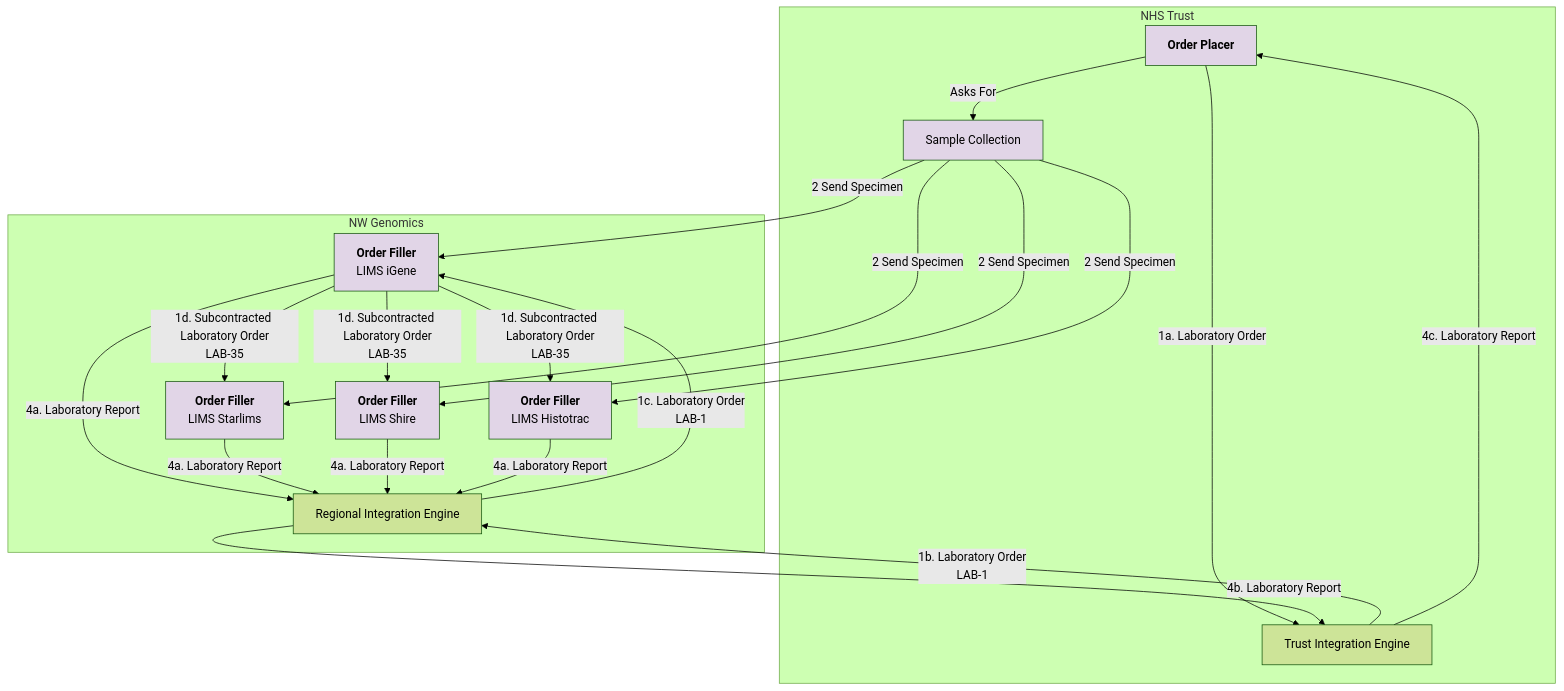
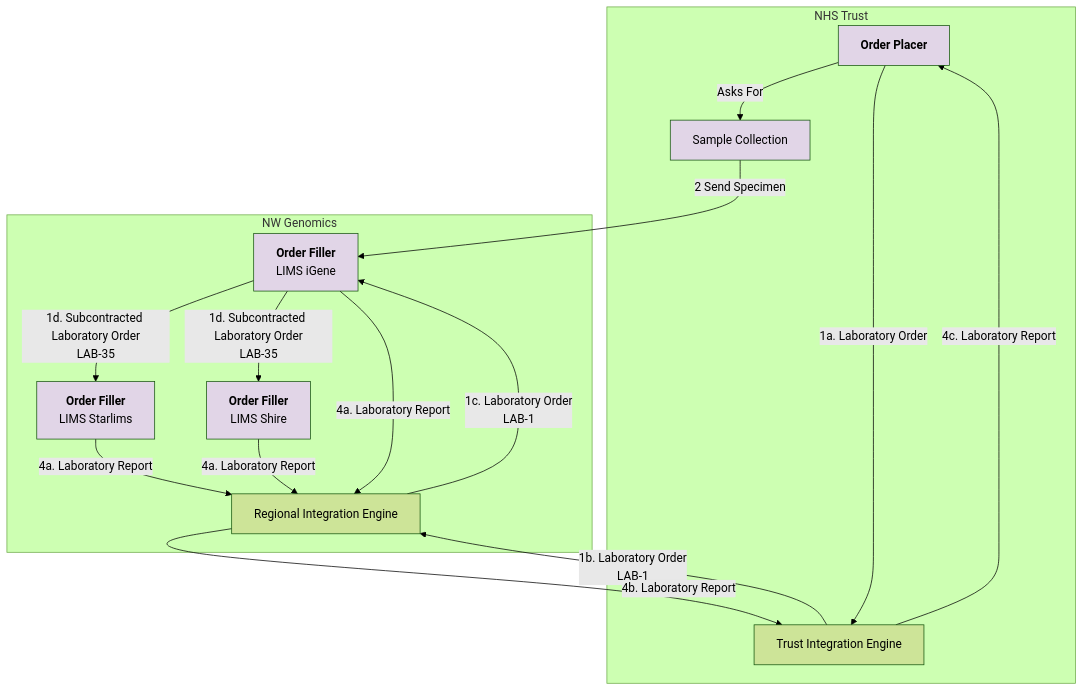
One commit to uk-gov-mirror/nw-gmsa.nw-gmsa.github.com changed the fifth of 7 diagrams in input/pagecontent/introduction.md. Above: the diagram before and after it, drawn with Mermaid (forest theme). The commit also changed other lines of this file and 1 other file, not shown here.

Commit message:
Specimen is not mandatory

````diff
--- a/input/pagecontent/introduction.md
+++ b/input/pagecontent/introduction.md
@@ -274,31 +182,29 @@
 ```mermaid
 graph TD;
     subgraph NHSTrustA[NHS Trust]
         EPRA[<b>Order Placer</b>] --> |Asks For| SpecimenA[Sample Collection]
         EPRA --> |1a. Laboratory Order| TIE[Trust Integration Engine]
     end
  
     SpecimenA --> |2 Send Specimen| LIMSA
-    SpecimenA --> |2 Send Specimen| LIMSB
-    SpecimenA --> |2 Send Specimen| LIMSC
-    SpecimenA --> |2 Send Specimen| LIMSD
+
 
     TIE --> |1b. Laboratory Order<br/>LAB-1| RIE 
     subgraph NWGenomics[NW Genomics]
         RIE --> |1c. Laboratory Order<br/>LAB-1| LIMSA[<b>Order Filler</b><br/>LIMS iGene]
         
         LIMSA --> |1d. Subcontracted Laboratory Order<br/>LAB-35| LIMSB[<b>Order Filler</b><br/>LIMS Starlims]
         LIMSA --> |1d. Subcontracted Laboratory Order<br/>LAB-35| LIMSC[<b>Order Filler</b><br/>LIMS Shire]
-        LIMSA --> |1d. Subcontracted Laboratory Order<br/>LAB-35| LIMSD[<b>Order Filler</b><br/>LIMS Histotrac]
+
         
         LIMSA --> |4a. Laboratory Report| RIE[Regional Integration Engine]
         LIMSB --> |4a. Laboratory Report| RIE
         LIMSC --> |4a. Laboratory Report| RIE
-        LIMSD --> |4a. Laboratory Report| RIE
+
     end
     RIE --> |4b. Laboratory Report| TIE
     TIE --> |4c. Laboratory Report| EPRA
     
     classDef purple fill:#E1D5E7;
-    class EPRA,SpecimenA,LIMSA,LIMSB,LIMSC,LIMSD purple;
+    class EPRA,SpecimenA,LIMSA,LIMSB,LIMSC purple;
 ```
````
